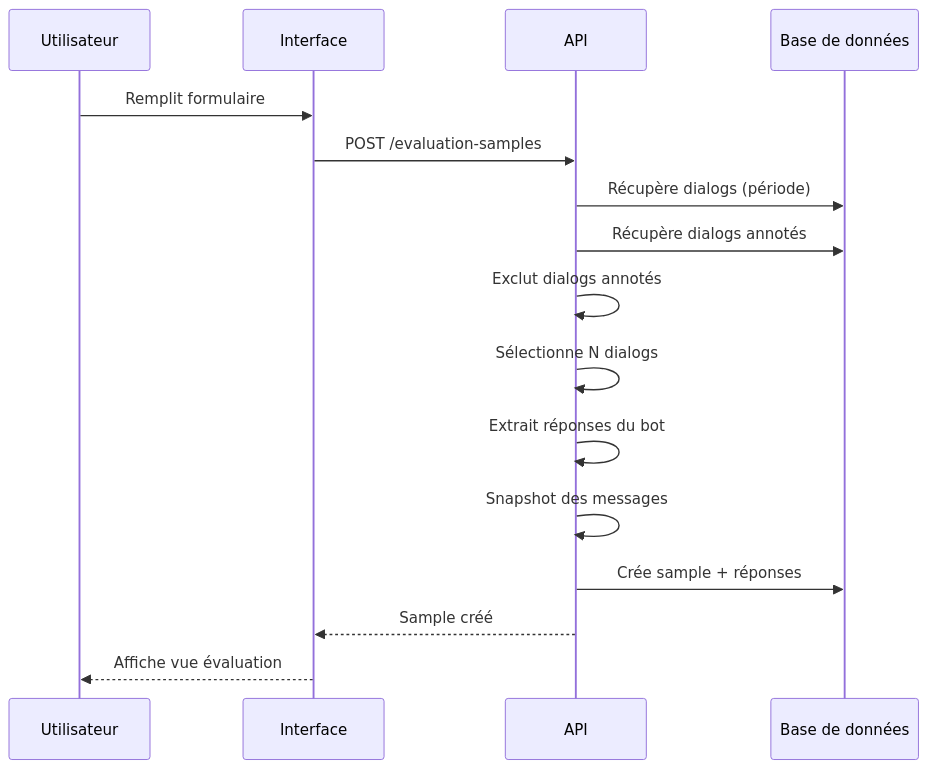
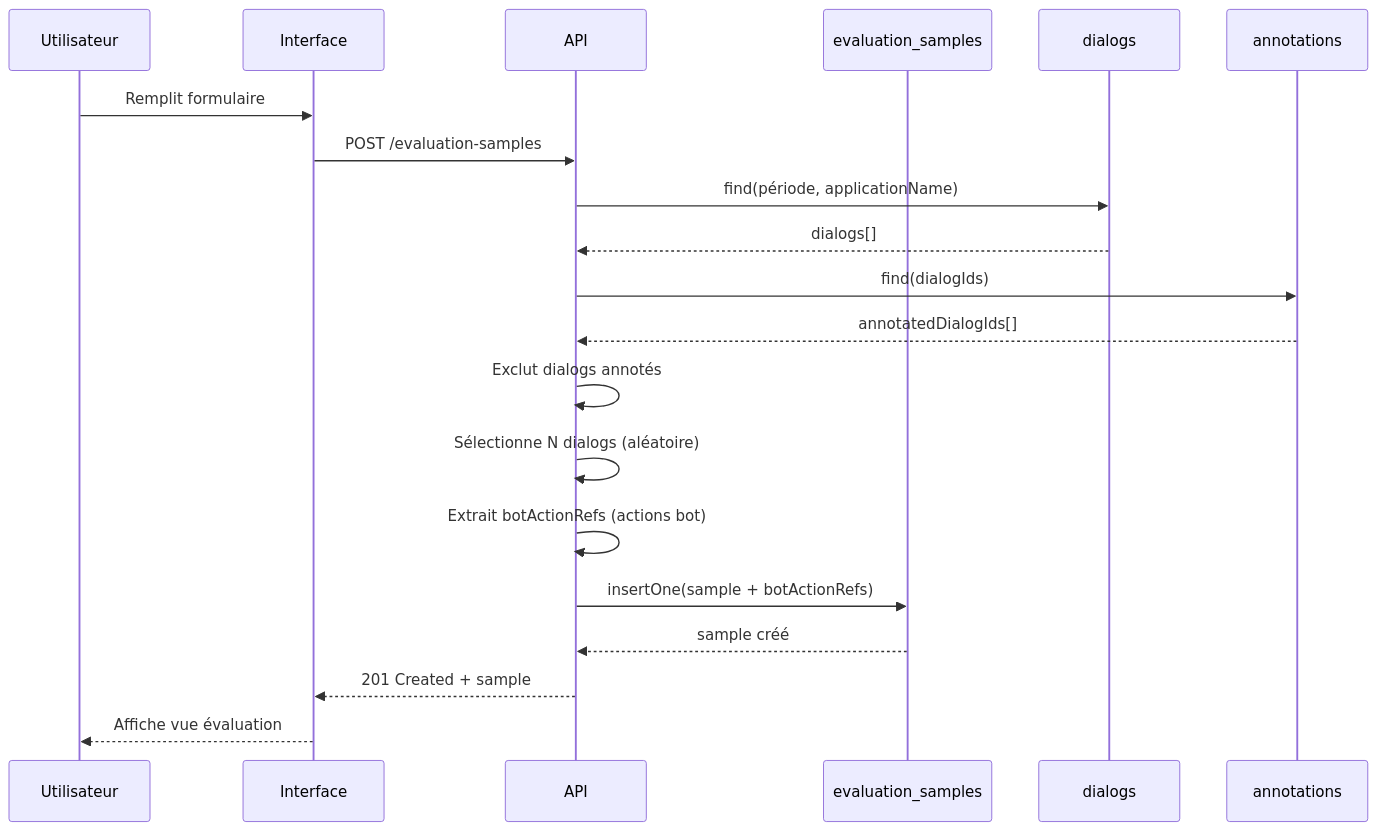
One commit to CreditMutuelArkea/tock changed the second of 7 diagrams in docs/design/bot-evaluation/TECHNICAL.md. Above: the diagram before and after it, drawn with Mermaid. The commit also changed other lines of this file and 4 other files, not shown here.

First line of the commit message:
docs: update bot evaluation design with technical details

````diff
--- a/docs/design/bot-evaluation/TECHNICAL.md
+++ b/docs/design/bot-evaluation/TECHNICAL.md
@@ -205,19 +270,28 @@
 ```mermaid
 sequenceDiagram
     participant U as Utilisateur
     participant UI as Interface
     participant API as API
-    participant DB as Base de données
+    participant Samples as evaluation_samples
+    participant Dialogs as dialogs
+    participant Annotations as annotations
 
     U->>UI: Remplit formulaire
     UI->>API: POST /evaluation-samples
-    API->>DB: Récupère dialogs (période)
-    API->>DB: Récupère dialogs annotés
+    
+    API->>Dialogs: find(période, applicationName)
+    Dialogs-->>API: dialogs[]
+    
+    API->>Annotations: find(dialogIds)
+    Annotations-->>API: annotatedDialogIds[]
+    
     API->>API: Exclut dialogs annotés
-    API->>API: Sélectionne N dialogs
-    API->>API: Extrait réponses du bot
-    API->>API: Snapshot des messages
-    API->>DB: Crée sample + réponses
-    API-->>UI: Sample créé
+    API->>API: Sélectionne N dialogs (aléatoire)
+    API->>API: Extrait botActionRefs (actions bot)
+    
+    API->>Samples: insertOne(sample + botActionRefs)
+    Samples-->>API: sample créé
+    
+    API-->>UI: 201 Created + sample
     UI-->>U: Affiche vue évaluation
 ```
````
